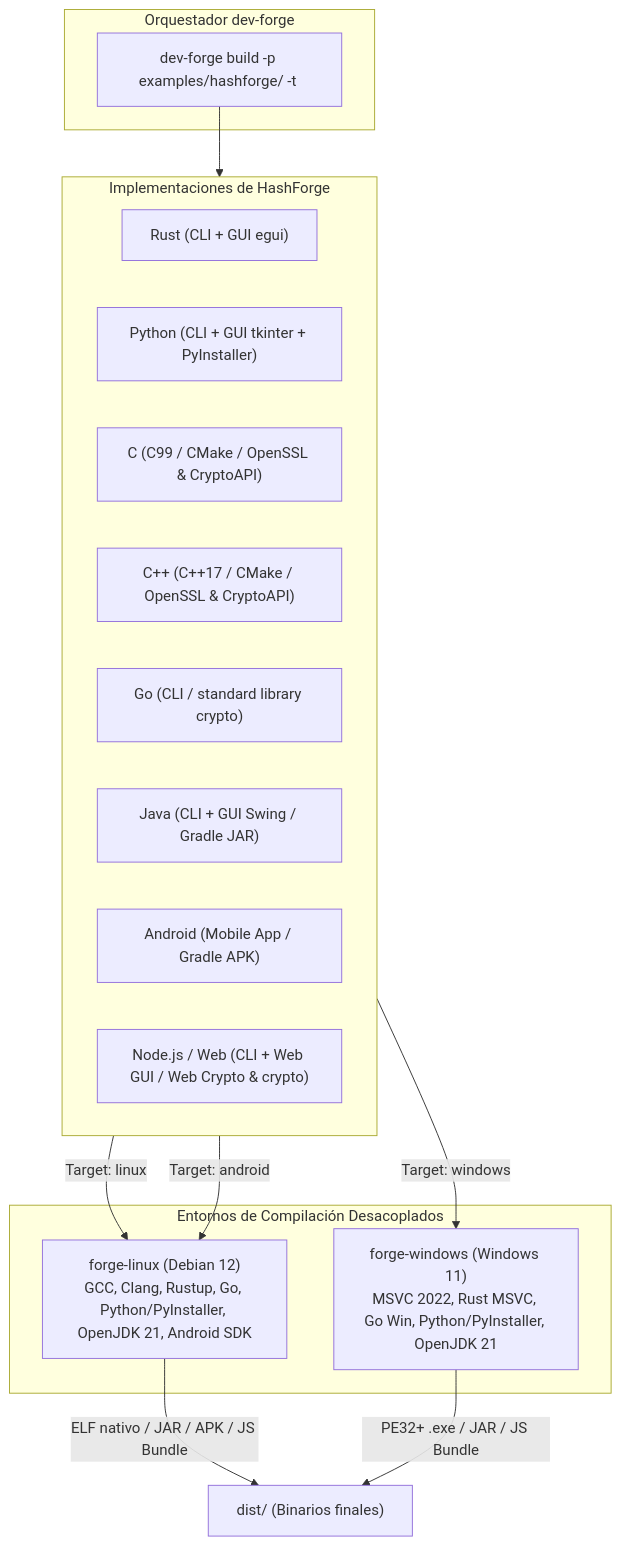
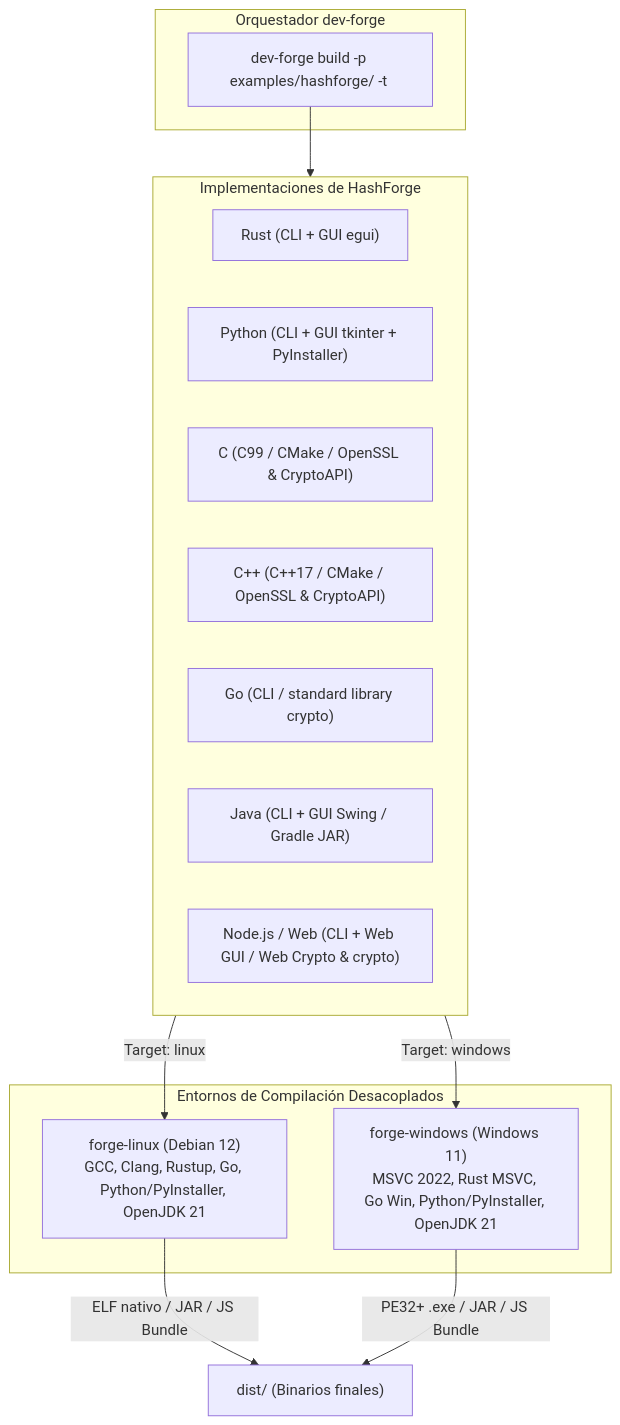
Before and after one commit to olorinj/dev-forge: the diagram in examples/hashforge/README.md, drawn with Mermaid. The commit also changed other lines of this file and 20 other files, not shown here.

````diff
--- a/examples/hashforge/README.md
+++ b/examples/hashforge/README.md
@@ -7,30 +7,28 @@
 ```mermaid
 flowchart TD
     subgraph Orquestador["Orquestador dev-forge"]
         CLI["dev-forge build -p examples/hashforge/<lenguaje> -t <target>"]
     end
 
     subgraph VMs["Entornos de Compilación Desacoplados"]
-        LinuxVM["forge-linux (Debian 12)\nGCC, Clang, Rustup, Go, Python/PyInstaller, OpenJDK 21, Android SDK"]
+        LinuxVM["forge-linux (Debian 12)\nGCC, Clang, Rustup, Go, Python/PyInstaller, OpenJDK 21"]
         WinVM["forge-windows (Windows 11)\nMSVC 2022, Rust MSVC, Go Win, Python/PyInstaller, OpenJDK 21"]
     end
 
     subgraph Lenguajes["Implementaciones de HashForge"]
         L_Rust["Rust (CLI + GUI egui)"]
         L_Py["Python (CLI + GUI tkinter + PyInstaller)"]
         L_C["C (C99 / CMake / OpenSSL & CryptoAPI)"]
         L_Cpp["C++ (C++17 / CMake / OpenSSL & CryptoAPI)"]
         L_Go["Go (CLI / standard library crypto)"]
         L_Java["Java (CLI + GUI Swing / Gradle JAR)"]
-        L_Droid["Android (Mobile App / Gradle APK)"]
         L_Node["Node.js / Web (CLI + Web GUI / Web Crypto & crypto)"]
     end
 
     CLI --> Lenguajes
     Lenguajes -->|Target: linux| LinuxVM
     Lenguajes -->|Target: windows| WinVM
-    Lenguajes -->|Target: android| LinuxVM
 
-    LinuxVM -->|ELF nativo / JAR / APK / JS Bundle| Dist["dist/ (Binarios finales)"]
+    LinuxVM -->|ELF nativo / JAR / JS Bundle| Dist["dist/ (Binarios finales)"]
     WinVM -->|PE32+ .exe / JAR / JS Bundle| Dist
 ```
````
